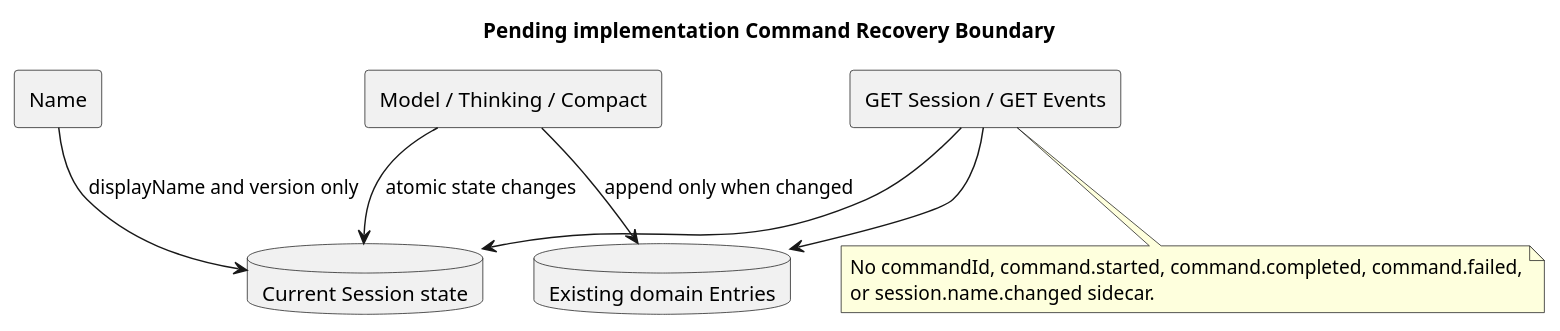
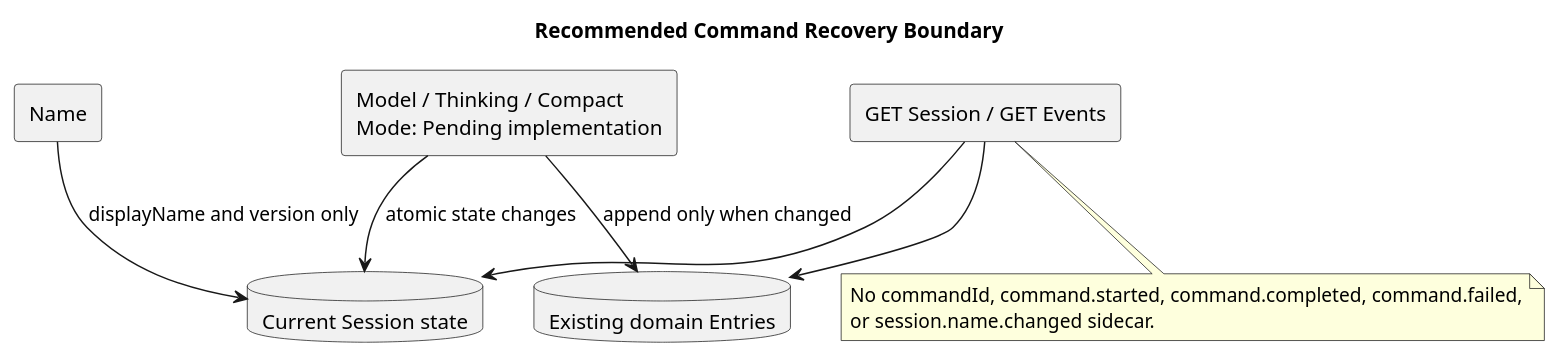
Before and after one commit to ssm0808/pi-mono-java-design: the second of 2 diagrams in 01-总体架构/01-CampusClaw多Agent运行时/设计图/Command/diagram.puml, drawn with PlantUML. The commit also changed 36 other files, not shown here.

Commit message:
docs(command): add plan and build mode switching

```diff
--- a/01-总体架构/01-CampusClaw多Agent运行时/设计图/Command/diagram.puml
+++ b/01-总体架构/01-CampusClaw多Agent运行时/设计图/Command/diagram.puml
@@ -51,20 +51,20 @@
 @startuml command_authoritative_state
-title Pending implementation Command Recovery Boundary
-' Source evidence: pi-mono-java@d84dd3d6 modules/coding-agent-cli/src/main/resources/db/gaussdb/install/session_schema.sql.
+title Recommended Command Recovery Boundary
+' Source evidence: pi-mono-java@53eff85c modules/coding-agent-cli/src/main/java/com/campusclaw/codingagent/runtimeapi/session/RuntimeSessionUpdateService.java prepare; Mode command is pending.
 ' Design reason: synchronous JSON results need no generic command lifecycle storage.
 skinparam shadowing false
 rectangle "Name" as Name
-rectangle "Model / Thinking / Compact" as Domain
+rectangle "Model / Thinking / Compact\nMode: Pending implementation" as Domain
 database "Current Session state" as State
 database "Existing domain Entries" as Entries
 rectangle "GET Session / GET Events" as Query
 Name --> State : displayName and version only
 Domain --> State : atomic state changes
 Domain --> Entries : append only when changed
 Query --> State
 Query --> Entries
 note bottom
 No commandId, command.started, command.completed, command.failed,
 or session.name.changed sidecar.
 end note
 @enduml
```
